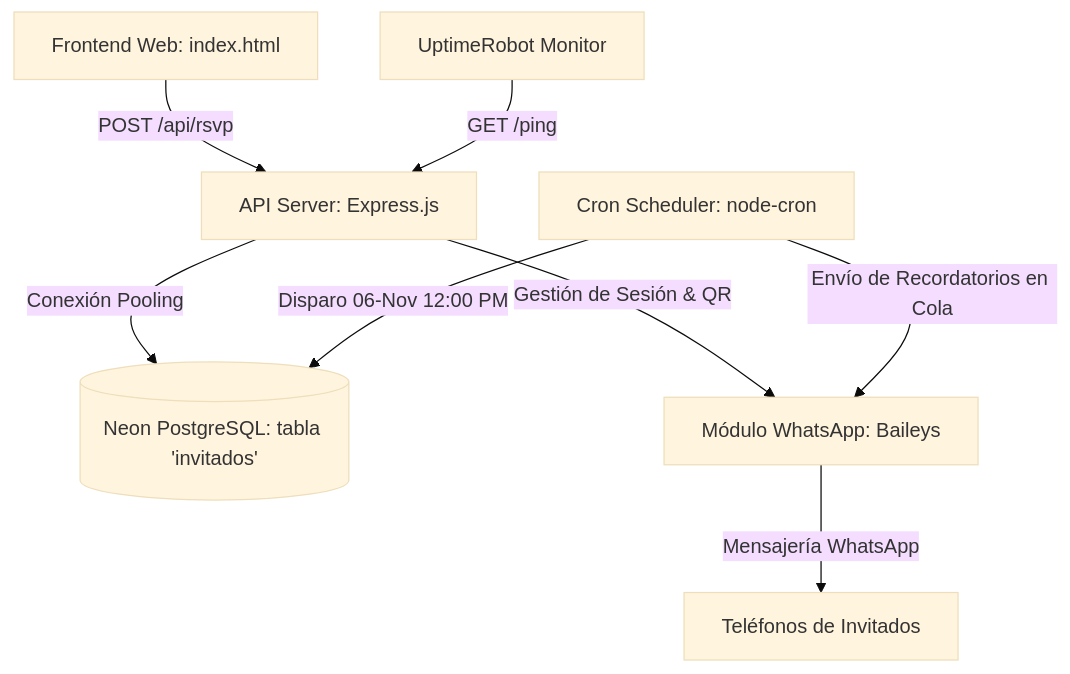
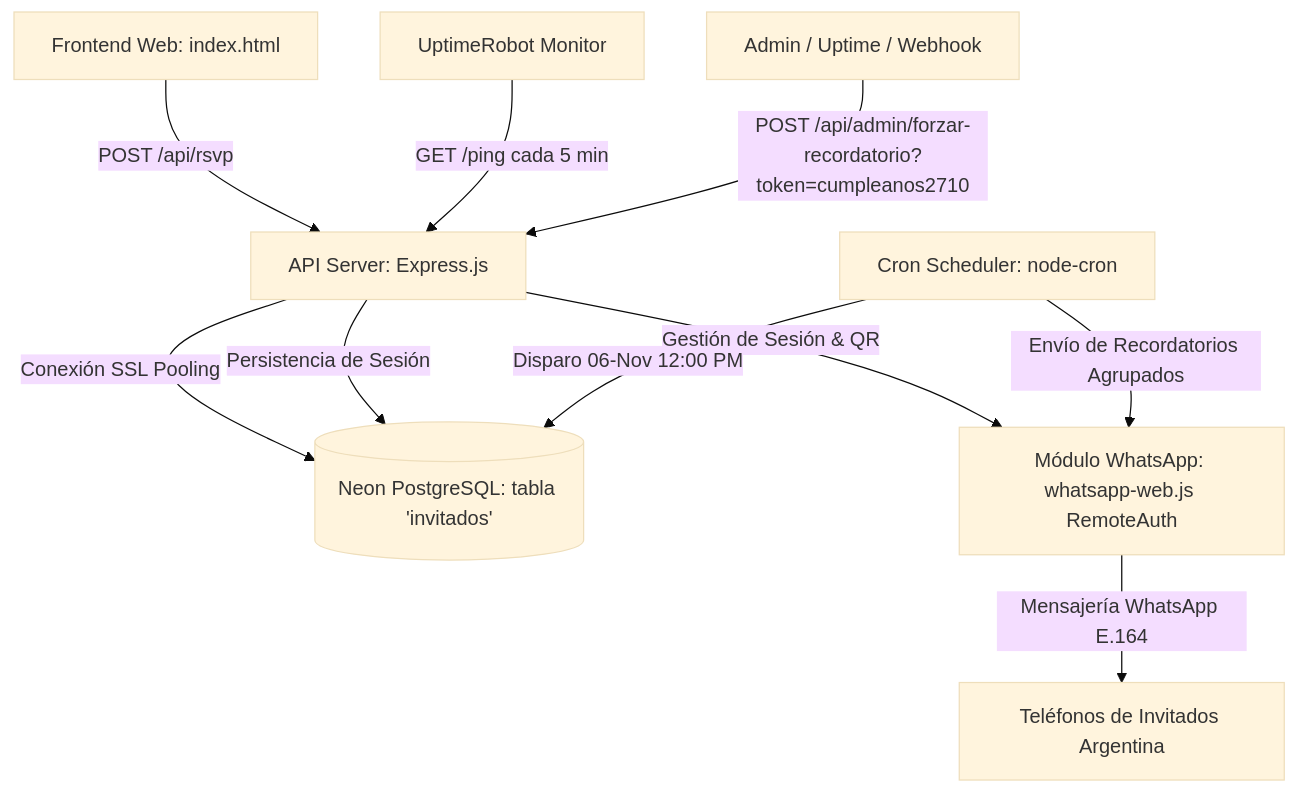
Before and after one commit to aeneida433-dot/cumpleanos-keyberlis: the diagram in SPEC.md, drawn with Mermaid (base theme). The commit also changed other lines of this file and 7 other files, not shown here.

````diff
--- a/SPEC.md
+++ b/SPEC.md
@@ -18,10 +18,12 @@
 ```mermaid
 graph TD
     A[Frontend Web: index.html] -->|POST /api/rsvp| B[API Server: Express.js]
-    Uptime[UptimeRobot Monitor] -->|GET /ping| B
-    B -->|Conexión Pooling| C[(Neon PostgreSQL: tabla 'invitados')]
-    B -->|Gestión de Sesión & QR| D[Módulo WhatsApp: Baileys]
+    Uptime[UptimeRobot Monitor] -->|GET /ping cada 5 min| B
+    Admin[Admin / Uptime / Webhook] -->|POST /api/admin/forzar-recordatorio?token=cumpleanos2710| B
+    B -->|Conexión SSL Pooling| C[(Neon PostgreSQL: tabla 'invitados')]
+    B -->|Persistencia de Sesión| C
+    B -->|Gestión de Sesión & QR| D[Módulo WhatsApp: whatsapp-web.js RemoteAuth]
     E[Cron Scheduler: node-cron] -->|Disparo 06-Nov 12:00 PM| C
-    E -->|Envío de Recordatorios en Cola| D
-    D -->|Mensajería WhatsApp| Guests[Teléfonos de Invitados]
+    E -->|Envío de Recordatorios Agrupados| D
+    D -->|Mensajería WhatsApp E.164| Guests[Teléfonos de Invitados Argentina]
 ```
````
